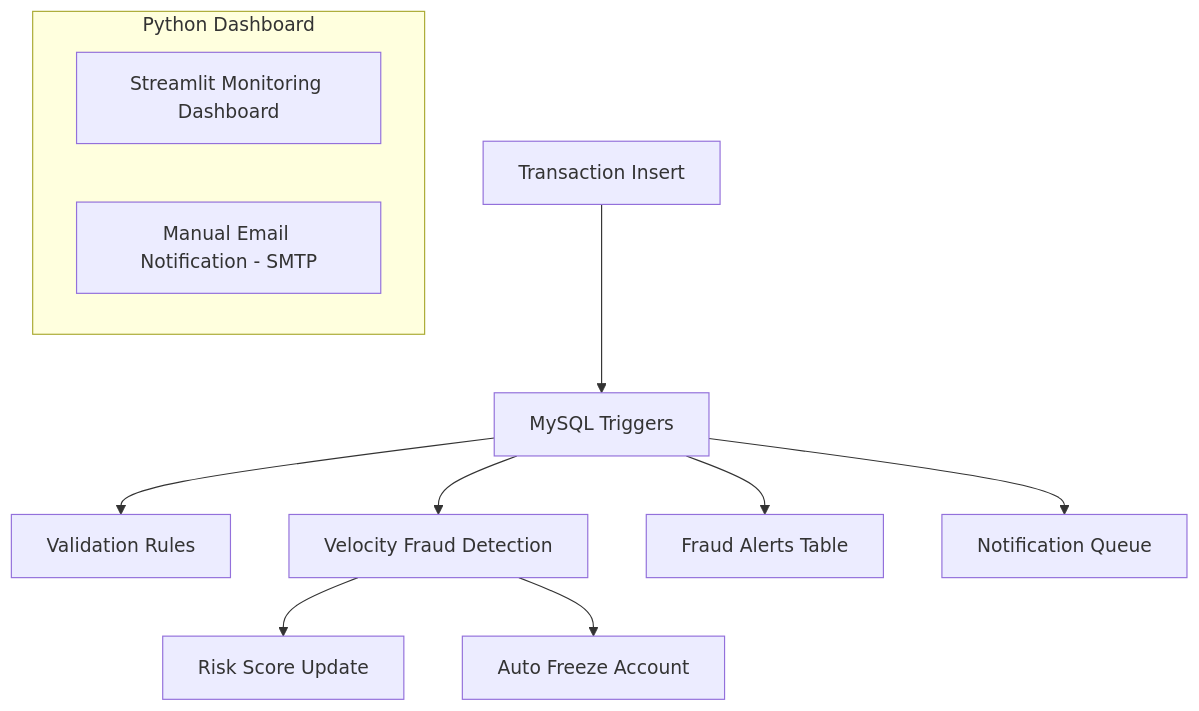
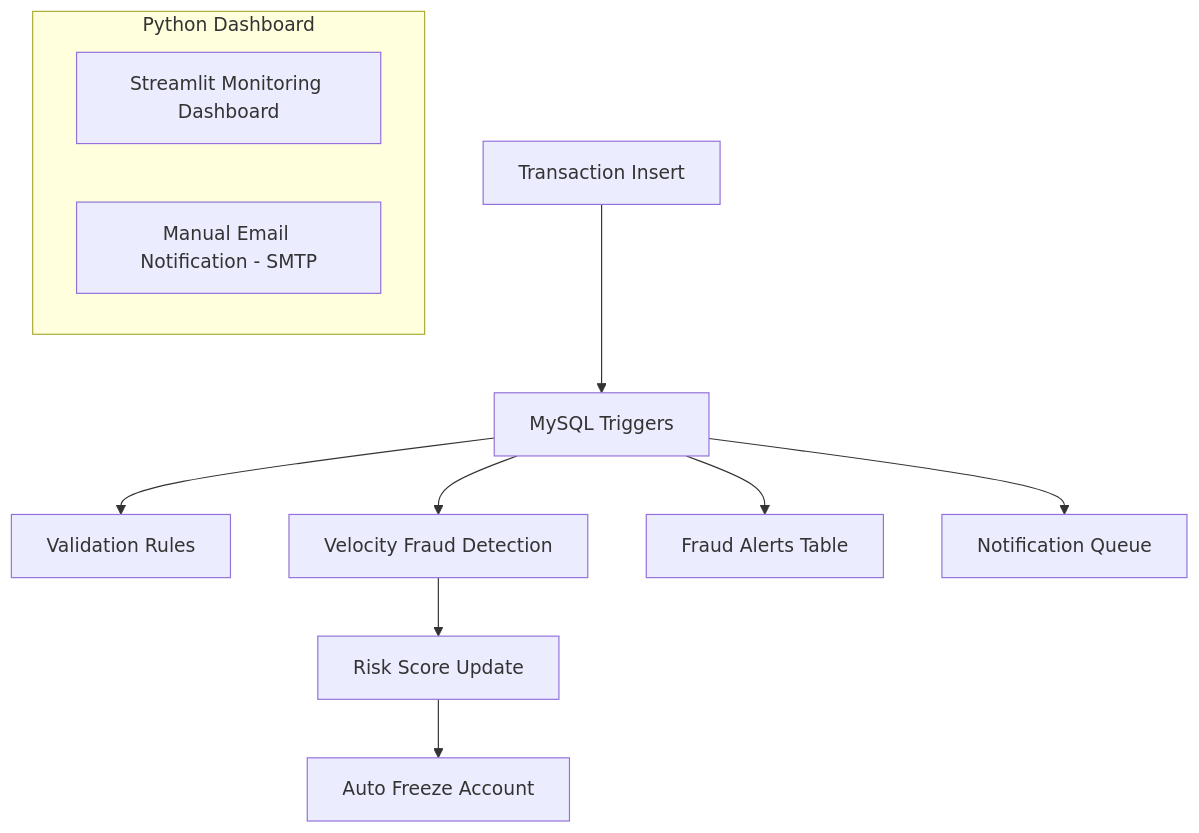
Before and after one commit to kishorem1206/Database-Driven-Fraud-Detection-System: the diagram in README.md, drawn with Mermaid.

Commit message:
Modified System architecture

````diff
--- a/README.md
+++ b/README.md
@@ -35,22 +35,22 @@
 ```mermaid
 flowchart TD
 
     %% Core Database Layer
     A[Transaction Insert] --> B[MySQL Triggers]
 
     B --> C[Validation Rules]
     B --> D[Velocity Fraud Detection]
     B --> E[Fraud Alerts Table]
     B --> F[Notification Queue]
     D --> G[Risk Score Update]
-    D --> H[Auto Freeze Account]
+    G --> H[Auto Freeze Account]
 
     %% -------------------------
     %% Python Layer (Independent)
     %% -------------------------
     subgraph Python_Consumers["Python Dashboard"]
         I[Streamlit Monitoring Dashboard]
         J[Manual Email Notification - SMTP]
     end
 
 ```
````
